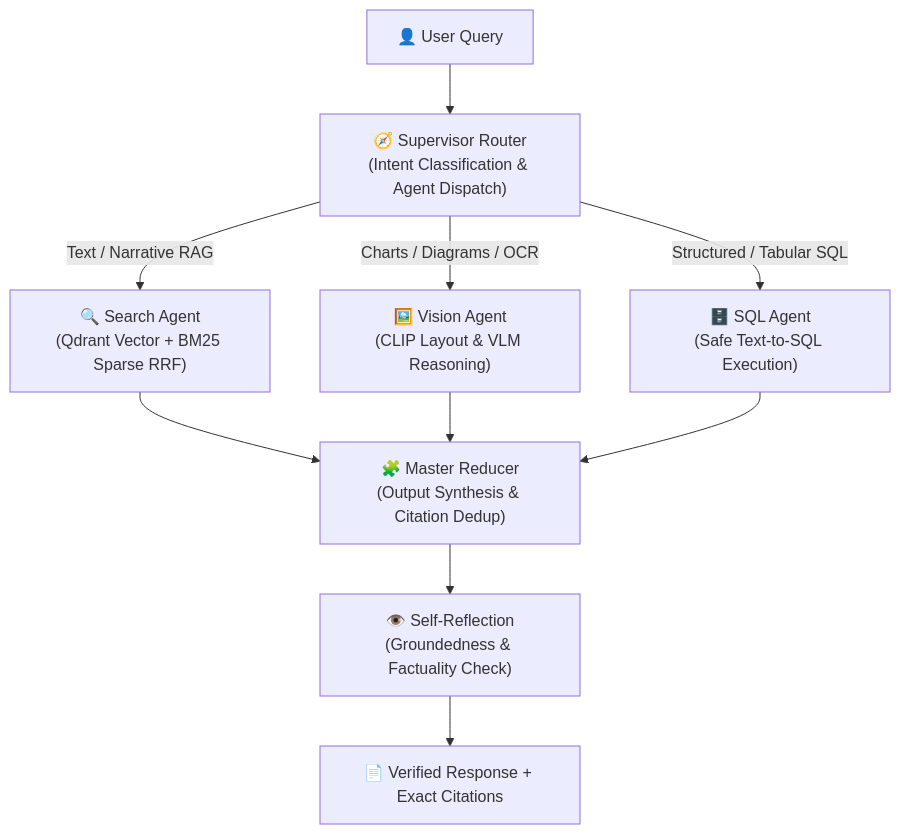
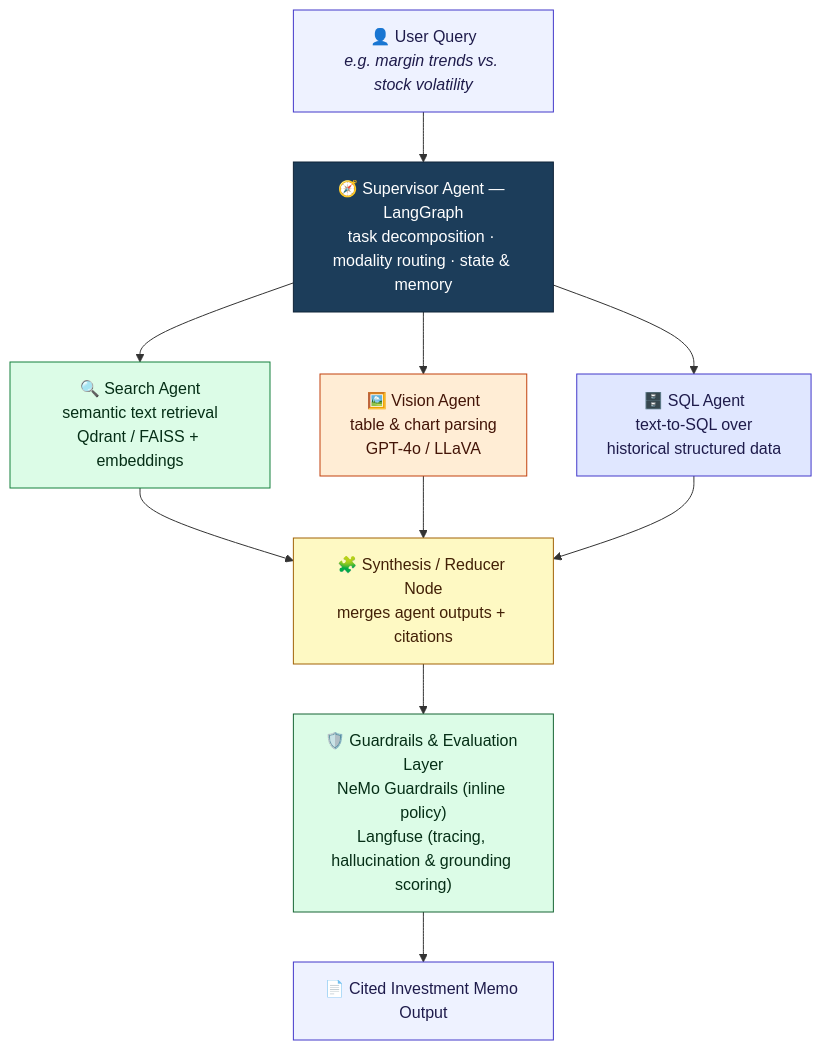
One commit to Adityacoderrrr/omnibrain changed the first of 3 diagrams in README.md. Above: the diagram before and after it, drawn with Mermaid. The commit also changed other lines of this file, not shown here.

````diff
--- a/README.md
+++ b/README.md
@@ -47,15 +101,27 @@
 ```mermaid
 flowchart TD
-    UQ["👤 User Query"] --> SUP["🧭 Supervisor Router<br/>(Intent Classification & Agent Dispatch)"]
-    
-    SUP -->|Text / Narrative RAG| SA["🔍 Search Agent<br/>(Qdrant Vector + BM25 Sparse RRF)"]
-    SUP -->|Charts / Diagrams / OCR| VA["🖼️ Vision Agent<br/>(CLIP Layout & VLM Reasoning)"]
-    SUP -->|Structured / Tabular SQL| QA["🗄️ SQL Agent<br/>(Safe Text-to-SQL Execution)"]
-    
-    SA --> RED["🧩 Master Reducer<br/>(Output Synthesis & Citation Dedup)"]
-    VA --> RED
-    QA --> RED
-    
-    RED --> REF["👁️ Self-Reflection<br/>(Groundedness & Factuality Check)"]
-    REF --> RESP["📄 Verified Response + Exact Citations"]
+    U["👤 User Query<br/><i>e.g. margin trends vs. stock volatility</i>"] --> S
+
+    S["🧭 Supervisor Agent — LangGraph<br/>task decomposition · modality routing · state & memory"]
+
+    S --> SA["🔍 Search Agent<br/>semantic text retrieval<br/>Qdrant / FAISS + embeddings"]
+    S --> VA["🖼️ Vision Agent<br/>table & chart parsing<br/>GPT-4o / LLaVA"]
+    S --> QA["🗄️ SQL Agent<br/>text-to-SQL over<br/>historical structured data"]
+
+    SA --> R["🧩 Synthesis / Reducer Node<br/>merges agent outputs + citations"]
+    VA --> R
+    QA --> R
+
+    R --> G["🛡️ Guardrails & Evaluation Layer<br/>NeMo Guardrails (inline policy)<br/>Langfuse (tracing, hallucination &amp; grounding scoring)"]
+
+    G --> O["📄 Cited Investment Memo Output"]
+
+    style U fill:#eef2ff,stroke:#4338ca,color:#1e1b4b
+    style S fill:#1c3d5a,stroke:#0f2438,color:#ffffff
+    style SA fill:#dcfce7,stroke:#15803d,color:#052e16
+    style VA fill:#ffedd5,stroke:#c2410c,color:#431407
+    style QA fill:#e0e7ff,stroke:#4338ca,color:#1e1b4b
+    style R fill:#fef9c3,stroke:#a16207,color:#422006
+    style G fill:#dcfce7,stroke:#166534,color:#052e16
+    style O fill:#eef2ff,stroke:#4338ca,color:#1e1b4b
 ```
````
